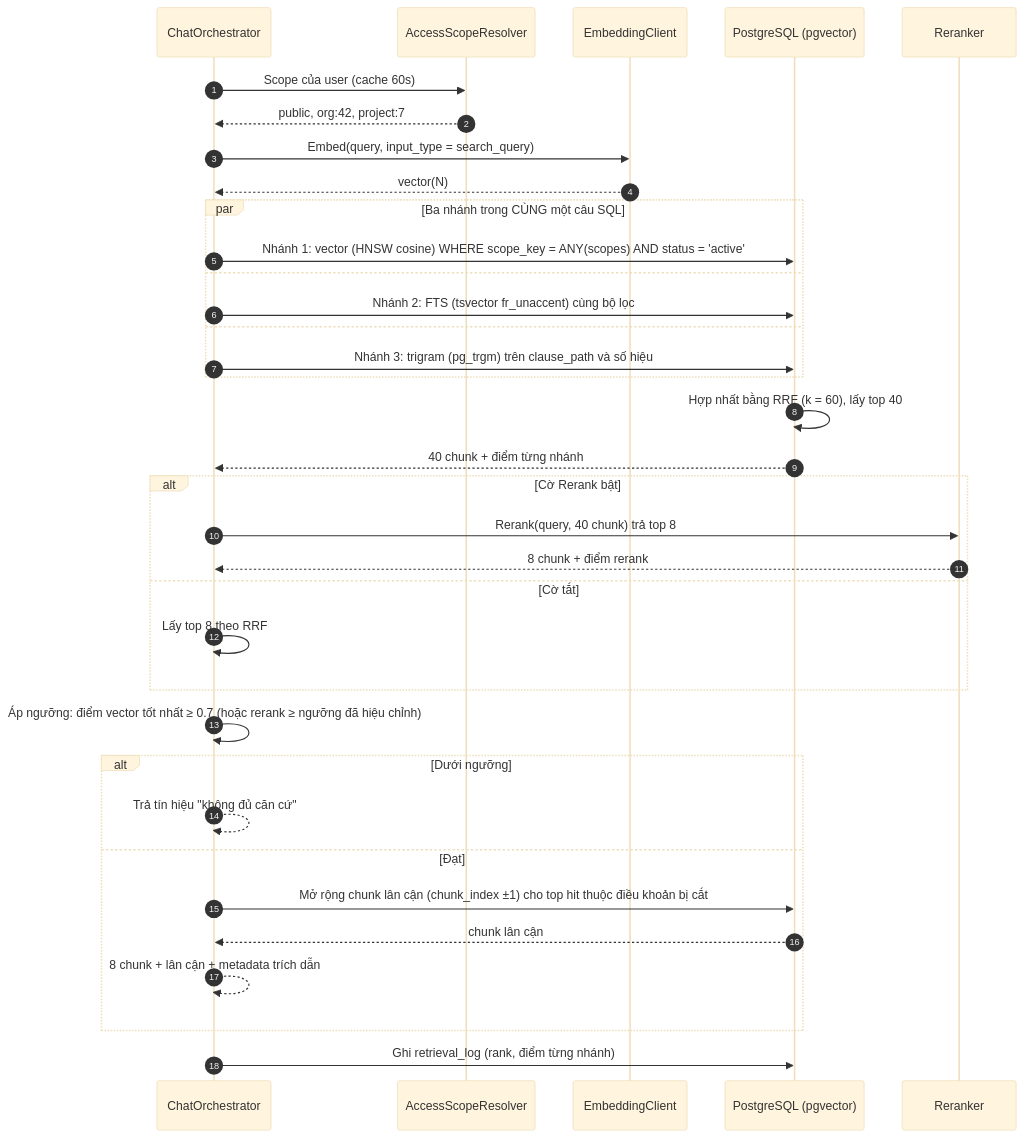
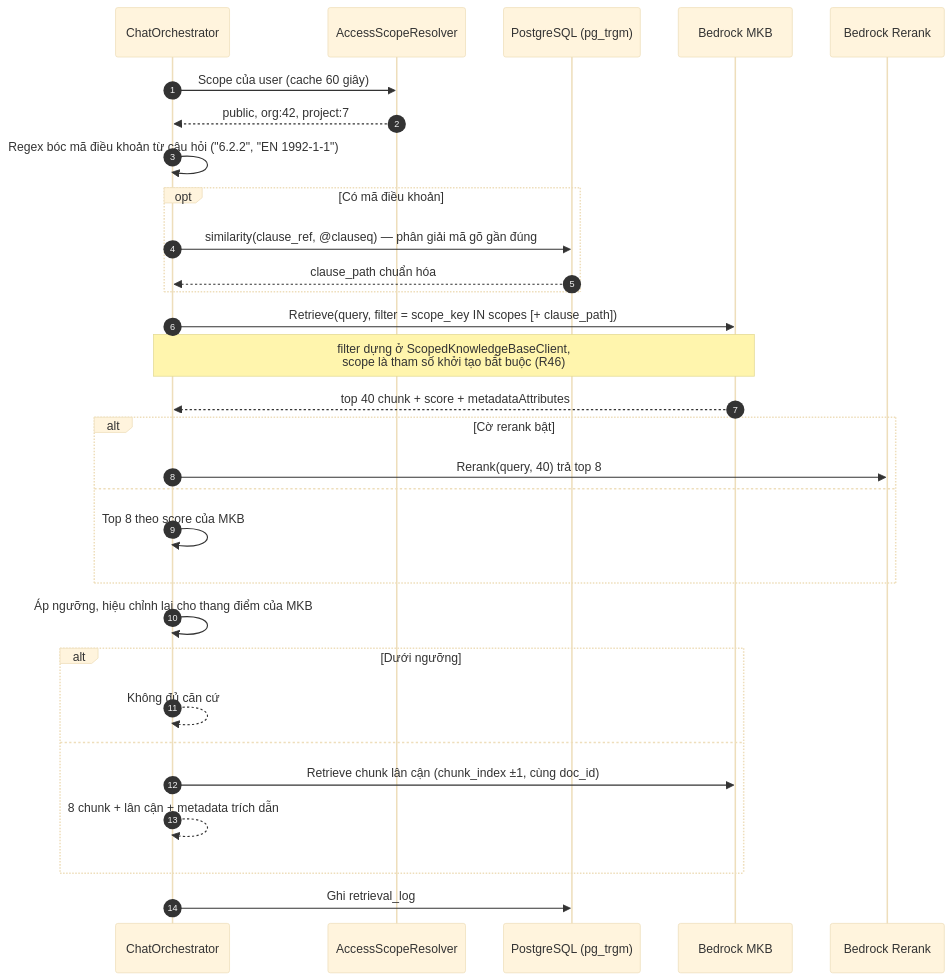
One commit to vdloc/vfstructures-ai-solution changed the fourth of 6 diagrams in 03-rag.md. Above: the diagram before and after it, drawn with Mermaid (base theme). The commit also changed other lines of this file and 26 other files, not shown here.

Commit message:
Update v1.1 architecture docs and add guidelines, specs, presentation material

````diff
--- a/03-rag.md
+++ b/03-rag.md
@@ -114,41 +186,33 @@
 ```mermaid
 sequenceDiagram
   autonumber
   participant O as ChatOrchestrator
   participant S as AccessScopeResolver
-  participant E as EmbeddingClient
-  participant DB as PostgreSQL (pgvector)
-  participant R as Reranker
+  participant PG as PostgreSQL (pg_trgm)
+  participant KB as Bedrock MKB
+  participant R as Bedrock Rerank
 
-  O->>S: Scope của user (cache 60s)
+  O->>S: Scope của user (cache 60 giây)
   S-->>O: public, org:42, project:7
-  O->>E: Embed(query, input_type = search_query)
-  E-->>O: vector(N)
-
-  par Ba nhánh trong CÙNG một câu SQL
-    O->>DB: Nhánh 1: vector (HNSW cosine) WHERE scope_key = ANY(scopes) AND status = 'active'
-  and
-    O->>DB: Nhánh 2: FTS (tsvector fr_unaccent) cùng bộ lọc
-  and
-    O->>DB: Nhánh 3: trigram (pg_trgm) trên clause_path và số hiệu
+  O->>O: Regex bóc mã điều khoản từ câu hỏi ("6.2.2", "EN 1992-1-1")
+  opt Có mã điều khoản
+    O->>PG: similarity(clause_ref, @clauseq) — phân giải mã gõ gần đúng
+    PG-->>O: clause_path chuẩn hóa
   end
-  DB->>DB: Hợp nhất bằng RRF (k = 60), lấy top 40
-  DB-->>O: 40 chunk + điểm từng nhánh
-
-  alt Cờ Rerank bật
-    O->>R: Rerank(query, 40 chunk) trả top 8
-    R-->>O: 8 chunk + điểm rerank
-  else Cờ tắt
-    O->>O: Lấy top 8 theo RRF
+  O->>KB: Retrieve(query, filter = scope_key IN scopes [+ clause_path])
+  Note over O,KB: filter dựng ở ScopedKnowledgeBaseClient,<br/>scope là tham số khởi tạo bắt buộc (R46)
+  KB-->>O: top 40 chunk + score + metadataAttributes
+  alt Cờ rerank bật
+    O->>R: Rerank(query, 40) trả top 8
+  else
+    O->>O: Top 8 theo score của MKB
   end
-
-  O->>O: Áp ngưỡng: điểm vector tốt nhất ≥ 0.7 (hoặc rerank ≥ ngưỡng đã hiệu chỉnh)
+  O->>O: Áp ngưỡng, hiệu chỉnh lại cho thang điểm của MKB
   alt Dưới ngưỡng
-    O-->>O: Trả tín hiệu "không đủ căn cứ"
-  else Đạt
-    O->>DB: Mở rộng chunk lân cận (chunk_index ±1) cho top hit thuộc điều khoản bị cắt
-    DB-->>O: chunk lân cận
+    O-->>O: Không đủ căn cứ
+  else
+    O->>KB: Retrieve chunk lân cận (chunk_index ±1, cùng doc_id)
     O-->>O: 8 chunk + lân cận + metadata trích dẫn
   end
-  O->>DB: Ghi retrieval_log (rank, điểm từng nhánh)
+  O->>PG: Ghi retrieval_log
 ```
````
